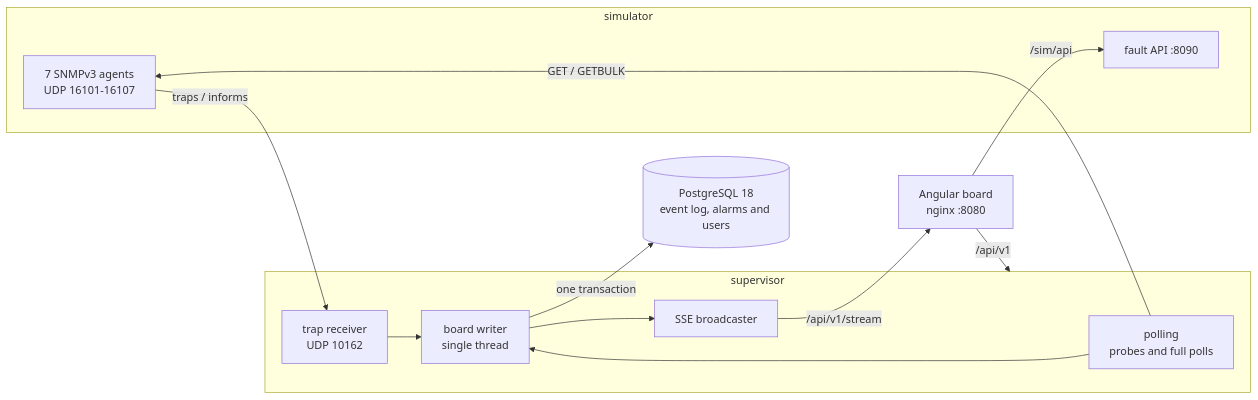
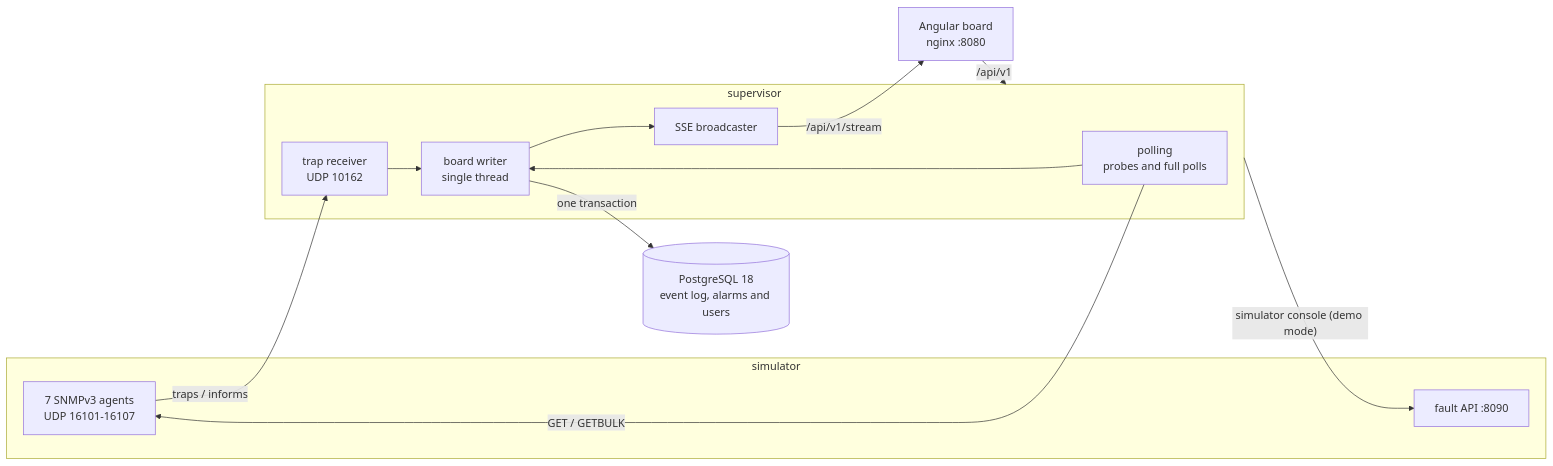
One commit to selvitopu/atm_superviser changed the diagram in README.md. Above: the diagram before and after it, drawn with Mermaid. The commit also changed other lines of this file and 7 other files, not shown here.

````diff
--- a/README.md
+++ b/README.md
@@ -82,24 +82,24 @@
 ```mermaid
 flowchart LR
   subgraph SIM[simulator]
     AG["7 SNMPv3 agents<br/>UDP 16101-16107"]
     FA["fault API :8090"]
   end
   subgraph SUP[supervisor]
     PO["polling<br/>probes and full polls"]
     TR["trap receiver<br/>UDP 10162"]
     BW["board writer<br/>single thread"]
     SSE["SSE broadcaster"]
   end
   DB[("PostgreSQL 18<br/>event log, alarms and users")]
   UI["Angular board<br/>nginx :8080"]
   PO -- "GET / GETBULK" --> AG
   AG -- "traps / informs" --> TR
   PO --> BW
   TR --> BW
   BW -- "one transaction" --> DB
   BW --> SSE
   SSE -- "/api/v1/stream" --> UI
   UI -- "/api/v1" --> SUP
-  UI -- "/sim/api" --> FA
+  SUP -- "simulator console (demo mode)" --> FA
 ```
````
